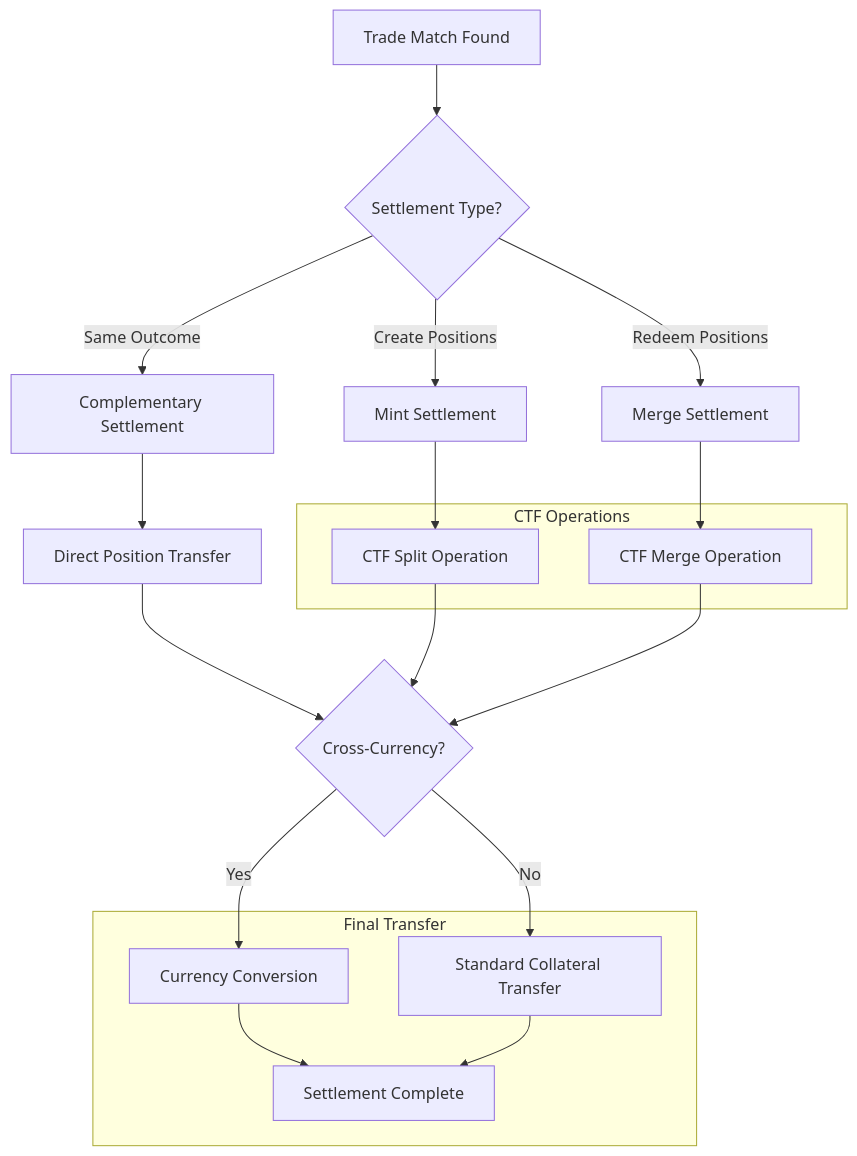
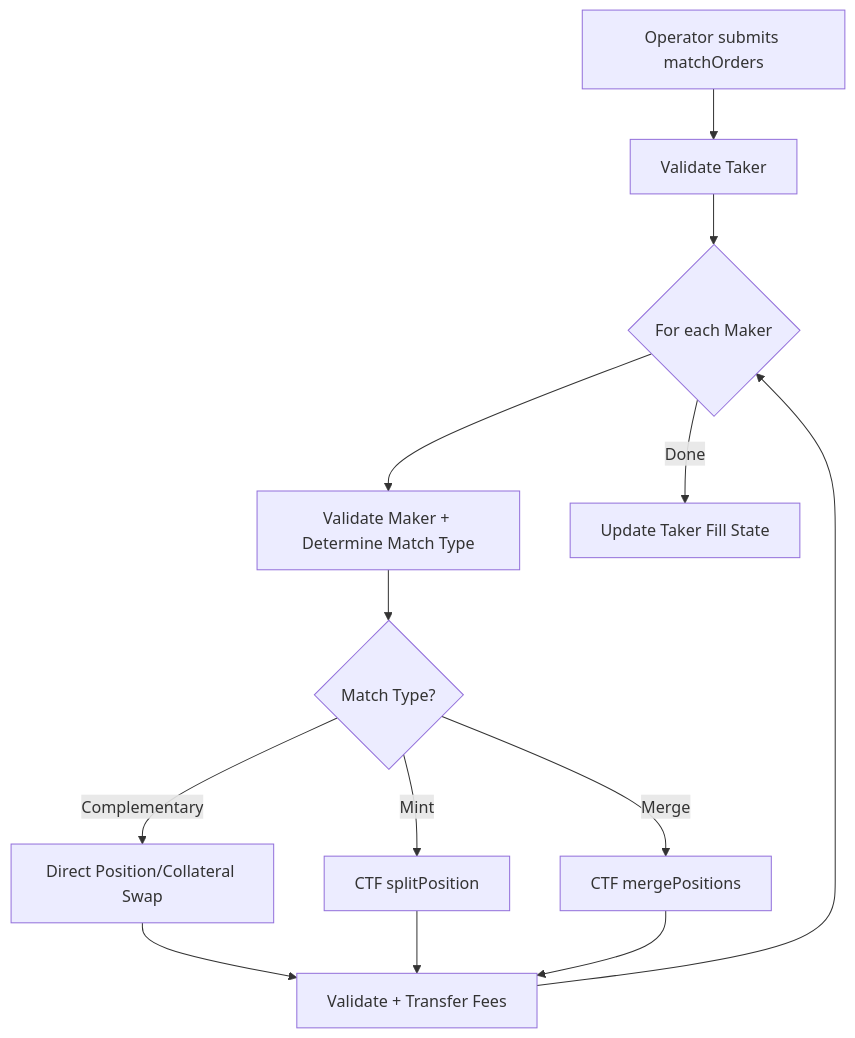
One commit to Doefin/doefin-v2 changed the first of 4 diagrams in docs/flows/SETTLEMENT_FLOW.md. Above: the diagram before and after it, drawn with Mermaid. The commit also changed other lines of this file and 8 other files, not shown here.

First line of the commit message:
docs: refresh architecture and flow docs for v3 contract state

````diff
--- a/docs/flows/SETTLEMENT_FLOW.md
+++ b/docs/flows/SETTLEMENT_FLOW.md
@@ -14,32 +21,15 @@
 ```mermaid
 graph TD
-    A[Trade Match Found] --> B{Settlement Type?}
-    B -->|Same Outcome| C[Complementary Settlement]
-    B -->|Create Positions| D[Mint Settlement]  
-    B -->|Redeem Positions| E[Merge Settlement]
-    
-    C --> F[Direct Position Transfer]
-    D --> G[CTF Split Operation]
-    E --> H[CTF Merge Operation]
-    
-    F --> I{Cross-Currency?}
+    A[Operator submits matchOrders] --> B[Validate Taker]
+    B --> C{For each Maker}
+    C --> D[Validate Maker + Determine Match Type]
+    D --> E{Match Type?}
+    E -->|Complementary| F[Direct Position/Collateral Swap]
+    E -->|Mint| G[CTF splitPosition]
+    E -->|Merge| H[CTF mergePositions]
+    F --> I[Validate + Transfer Fees]
     G --> I
     H --> I
-    
-    I -->|Yes| J[Currency Conversion]
-    I -->|No| K[Standard Collateral Transfer]
-    
-    J --> L[Settlement Complete]
-    K --> L
-    
-    subgraph "CTF Operations"
-        G
-        H
-    end
-    
-    subgraph "Final Transfer"
-        J
-        K
-        L
-    end
+    I --> C
+    C -->|Done| J[Update Taker Fill State]
 ```
````
